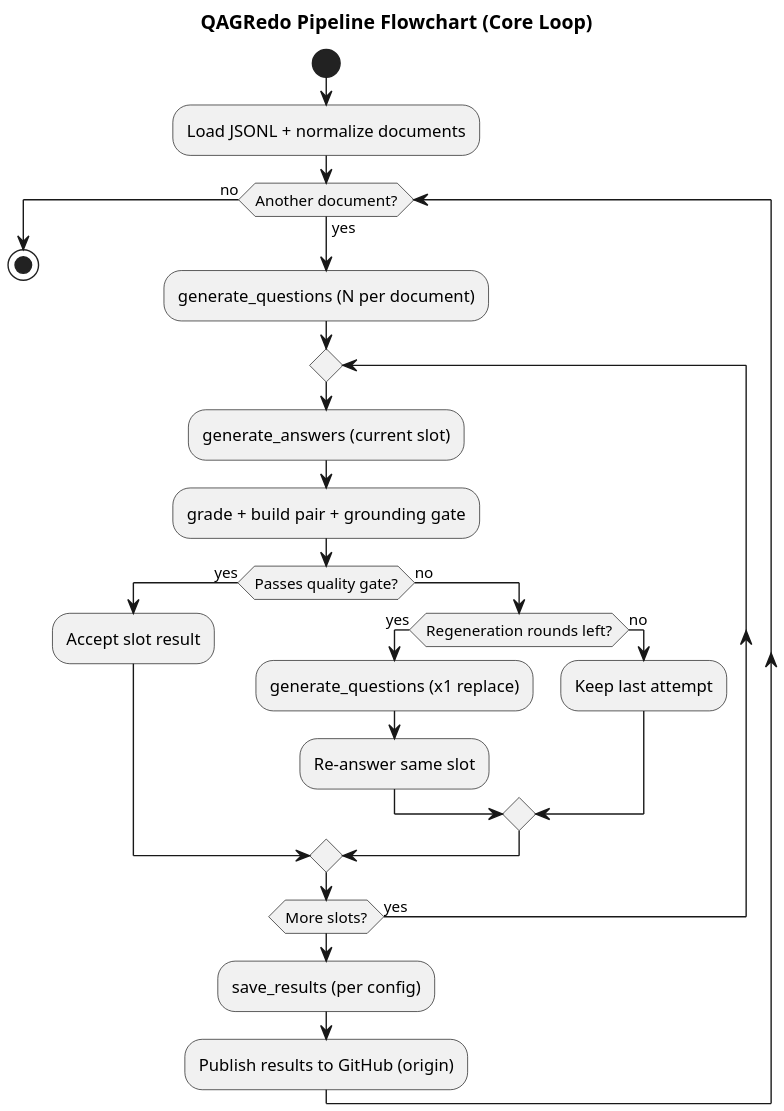
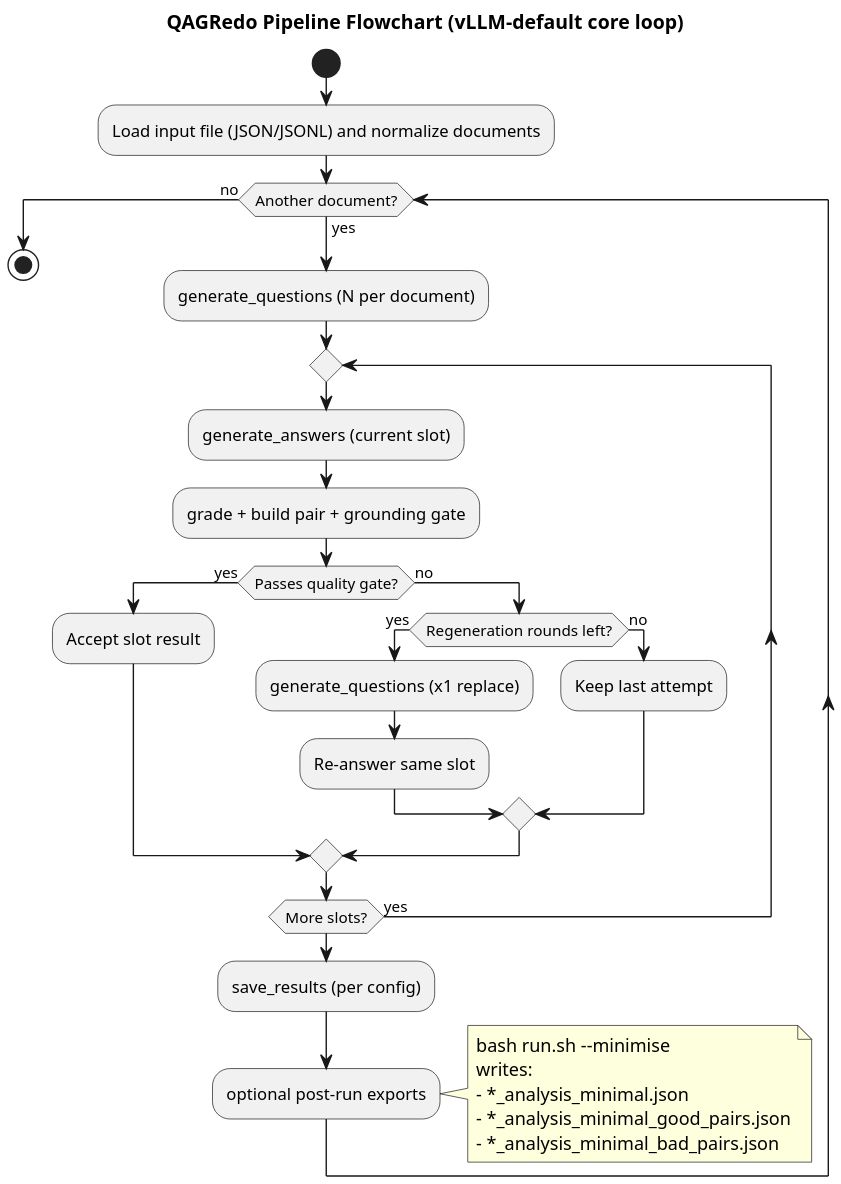
One commit to tohyewhong/qagredo-local changed the diagram in docs/architecture/diagrams/QAGRedo_Pipeline_Flowchart.puml. Above: the diagram before and after it, drawn with PlantUML. The commit also changed 89 other files, not shown here.

```diff
--- a/docs/architecture/diagrams/QAGRedo_Pipeline_Flowchart.puml
+++ b/docs/architecture/diagrams/QAGRedo_Pipeline_Flowchart.puml
@@ -1,39 +1,47 @@
 @startuml
 ' Maintainer index: ../../HANDOVER.md
-' Render: plantuml -tpng QAGRedo_Pipeline_Flowchart.puml  (or Docker plantuml)
-title QAGRedo Pipeline Flowchart (Core Loop)
+' Render (local): plantuml -tpng QAGRedo_Pipeline_Flowchart.puml
+' Render (docker): docker run --rm -v "$PWD":/work -w /work plantuml/plantuml -tpng docs/architecture/diagrams/QAGRedo_Pipeline_Flowchart.puml
+title QAGRedo Pipeline Flowchart (vLLM-default core loop)
 
 skinparam linetype ortho
 skinparam shadowing false
 skinparam dpi 180
 skinparam defaultFontName Arial
 
 start
 
-:Load JSONL + normalize documents;
+:Load input file (JSON/JSONL) and normalize documents;
 
 while (Another document?) is (yes)
   :generate_questions (N per document);
 
   repeat
     :generate_answers (current slot);
     :grade + build pair + grounding gate;
 
     if (Passes quality gate?) then (yes)
       :Accept slot result;
     else (no)
       if (Regeneration rounds left?) then (yes)
         :generate_questions (x1 replace);
         :Re-answer same slot;
       else (no)
         :Keep last attempt;
       endif
     endif
   repeat while (More slots?) is (yes)
 
   :save_results (per config);
-  :Publish results to GitHub (origin);
+  :optional post-run exports;
+  note right
+    bash run.sh --minimise
+    writes:
+    - *_analysis_minimal.json
+    - *_analysis_minimal_good_pairs.json
+    - *_analysis_minimal_bad_pairs.json
+  end note
 endwhile (no)
 
 stop
 @enduml
```
